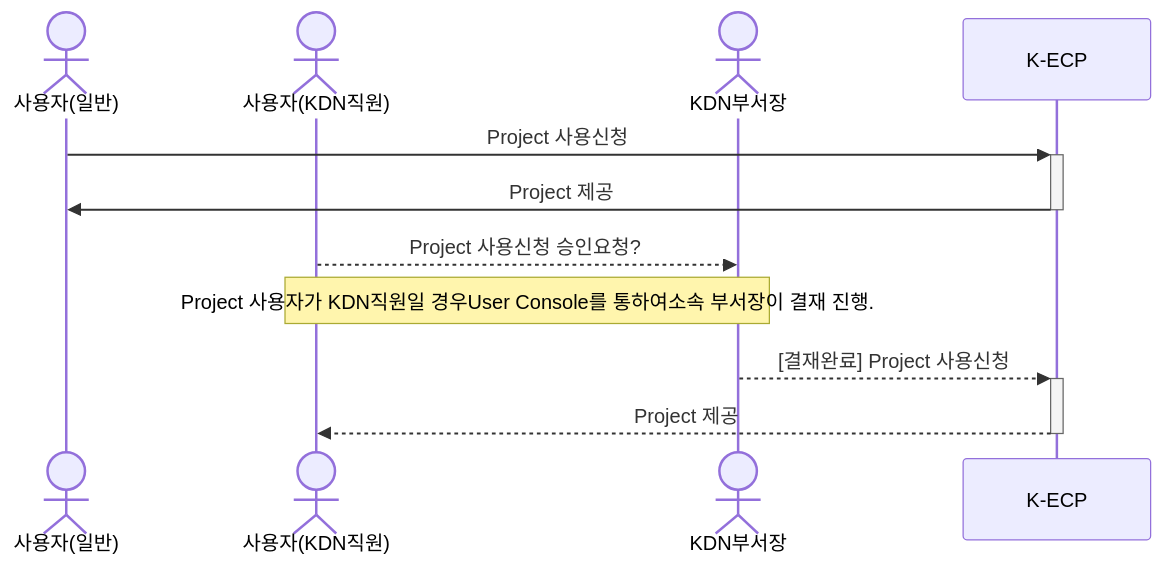
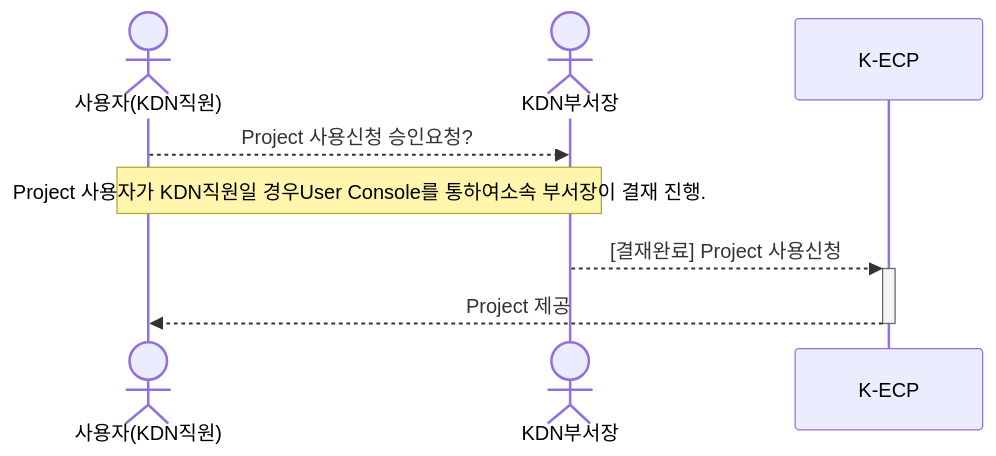
Before and after one commit to KDN-ECP/guidebooks: the first of 2 diagrams in mdfiles/Project.md, drawn with Mermaid. The commit also changed other lines of this file and 3 other files, not shown here.

````diff
--- a/mdfiles/Project.md
+++ b/mdfiles/Project.md
@@ -33,12 +35,9 @@
 ```mermaid
 sequenceDiagram
-  actor 사용자(일반)
   actor 사용자(KDN직원)
   actor KDN부서장
-  사용자(일반) ->>+ K-ECP: Project 사용신청
-  K-ECP ->>- 사용자(일반): Project 제공
   사용자(KDN직원) -->> KDN부서장: Project 사용신청 승인요청?
   Note over 사용자(KDN직원), KDN부서장: Project 사용자가 KDN직원일 경우User Console를 통하여소속 부서장이 결재 진행.
   KDN부서장 -->>+ K-ECP: [결재완료] Project 사용신청
   K-ECP -->>- 사용자(KDN직원): Project 제공
 ```
````
